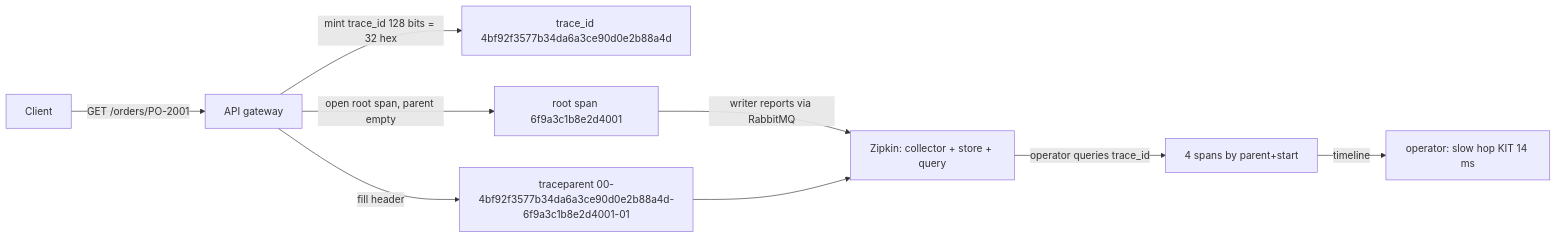
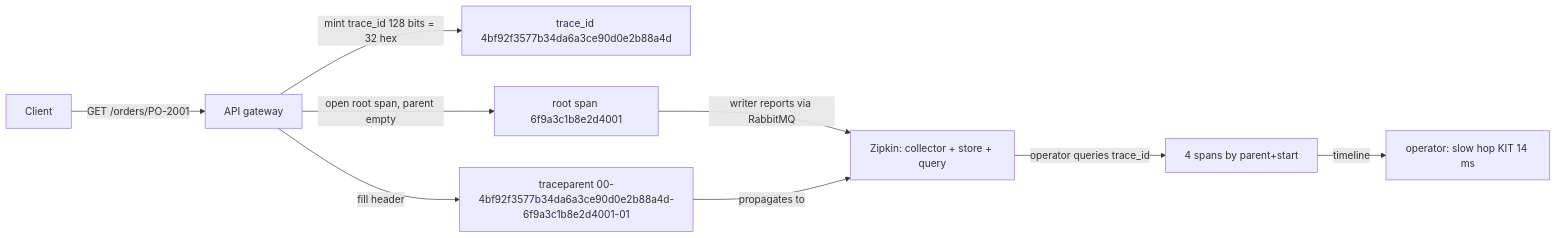
Before and after one commit to vinayakuber/microservices-io-study-guide: the tenth of 14 diagrams in docs/ch33-distributed-tracing.md, drawn with Mermaid. The commit also changed other lines of this file and 71 other files, not shown here.

First line of the commit message:
R18: label every diagram arrow with its meaning

````diff
--- a/docs/ch33-distributed-tracing.md
+++ b/docs/ch33-distributed-tracing.md
@@ -343,11 +343,11 @@
 ```mermaid
 flowchart LR
   C["Client"] -->|"GET /orders/PO-2001"| G["API gateway"]
   G -->|"mint trace_id 128 bits = 32 hex"| T["trace_id 4bf92f3577b34da6a3ce90d0e2b88a4d"]
   G -->|"open root span, parent empty"| S["root span 6f9a3c1b8e2d4001"]
   G -->|"fill header"| H["traceparent 00-4bf92f3577b34da6a3ce90d0e2b88a4d-6f9a3c1b8e2d4001-01"]
   S -->|"writer reports via RabbitMQ"| Z["Zipkin: collector + store + query"]
-  H --> Z
+  H -->|"propagates to"| Z
   Z -->|"operator queries trace_id"| R["4 spans by parent+start"]
   R -->|"timeline"| O["operator: slow hop KIT 14 ms"]
 ```
````
